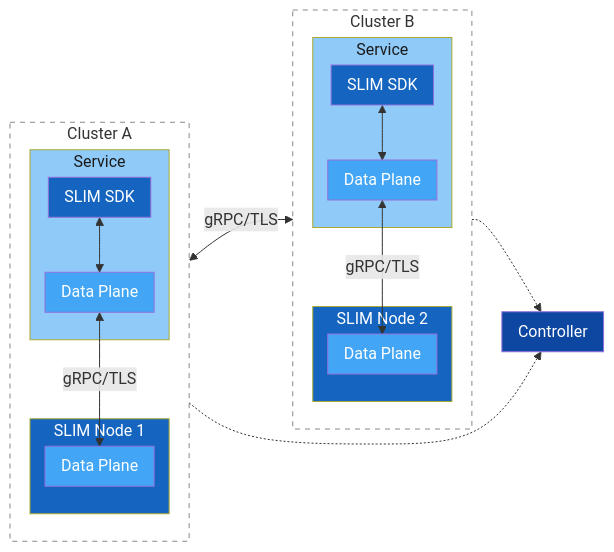
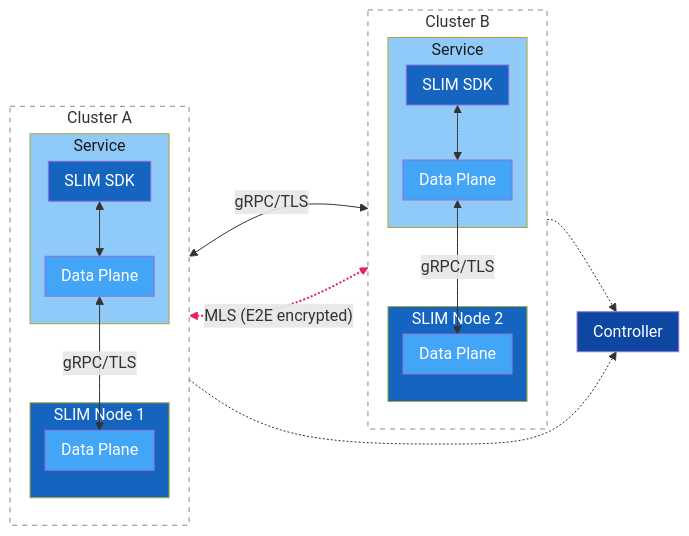
Before and after one commit to agntcy/blogs: the third of 9 diagrams in presentations/slim-multicluster-demo/slim-multicluster-demo.md, drawn with Mermaid. The commit also changed other lines of this file, not shown here.

````diff
--- a/presentations/slim-multicluster-demo/slim-multicluster-demo.md
+++ b/presentations/slim-multicluster-demo/slim-multicluster-demo.md
@@ -159,47 +159,49 @@
 ```mermaid
 %%{init: {'flowchart': {'nodeSpacing': 10, 'rankSpacing': 30, 'padding': 8}}}%%
 graph LR
     subgraph ClusterA["Cluster A"]
         direction TB
         subgraph SA["Service"]
             SLA[SLIM SDK]
             DPA[Data Plane]
             SLA <--> DPA
         end
         subgraph SN1["SLIM Node 1"]
             DPN1[Data Plane]
         end
         DPA <-- "gRPC/TLS" --> DPN1
     end
 
     DPN1 <-- "gRPC/TLS" --> DPN2
     SN1 -.-> CP[Controller]
     SN2 -.-> CP
+    SLA <-. "MLS (E2E encrypted)" .-> SLB
 
     subgraph ClusterB["Cluster B"]
         direction TB
         subgraph SB["Service"]
             SLB[SLIM SDK]
             DPB[Data Plane]
             SLB <--> DPB
         end
         subgraph SN2["SLIM Node 2"]
             DPN2[Data Plane]
         end
         DPB <-- "gRPC/TLS" --> DPN2
     end
 
     style CP fill:#0D47A1,color:#fff
     style SA fill:#90CAF9,color:#1a1a1a
     style SB fill:#90CAF9,color:#1a1a1a
     style SLA fill:#1565C0,color:#fff
     style SLB fill:#1565C0,color:#fff
     style DPA fill:#42A5F5,color:#fff
     style DPB fill:#42A5F5,color:#fff
     style SN1 fill:#1565C0,color:#fff
     style SN2 fill:#1565C0,color:#fff
     style DPN1 fill:#42A5F5,color:#fff
     style DPN2 fill:#42A5F5,color:#fff
     style ClusterA fill:none,stroke:#888,stroke-dasharray: 5 5,color:#333
     style ClusterB fill:none,stroke:#888,stroke-dasharray: 5 5,color:#333
+    linkStyle 5 stroke:#E91E63,stroke-width:2px
 ```
````
